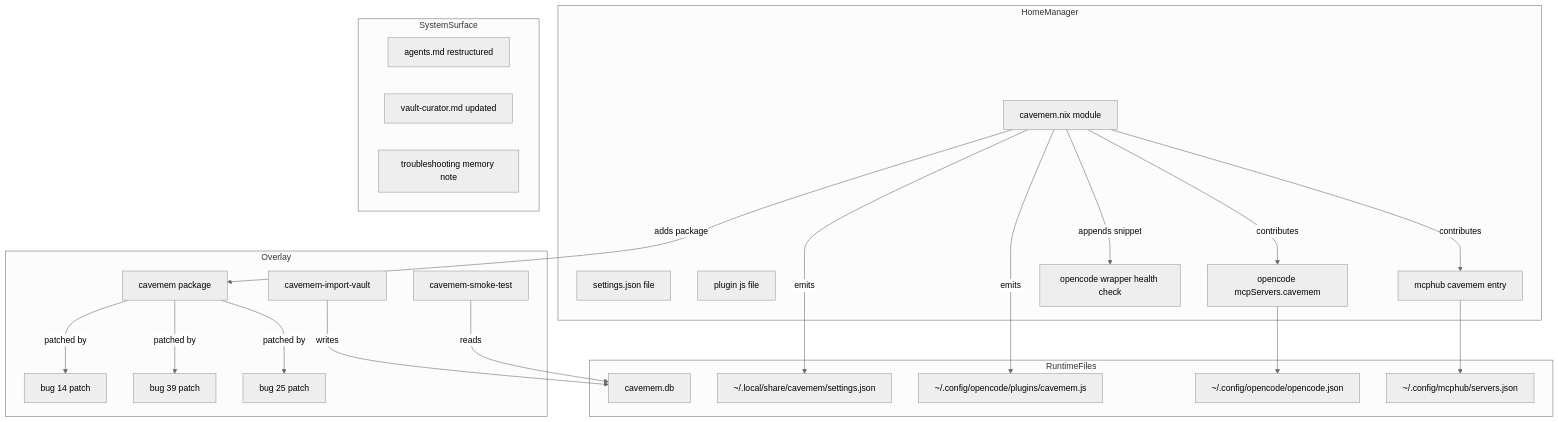
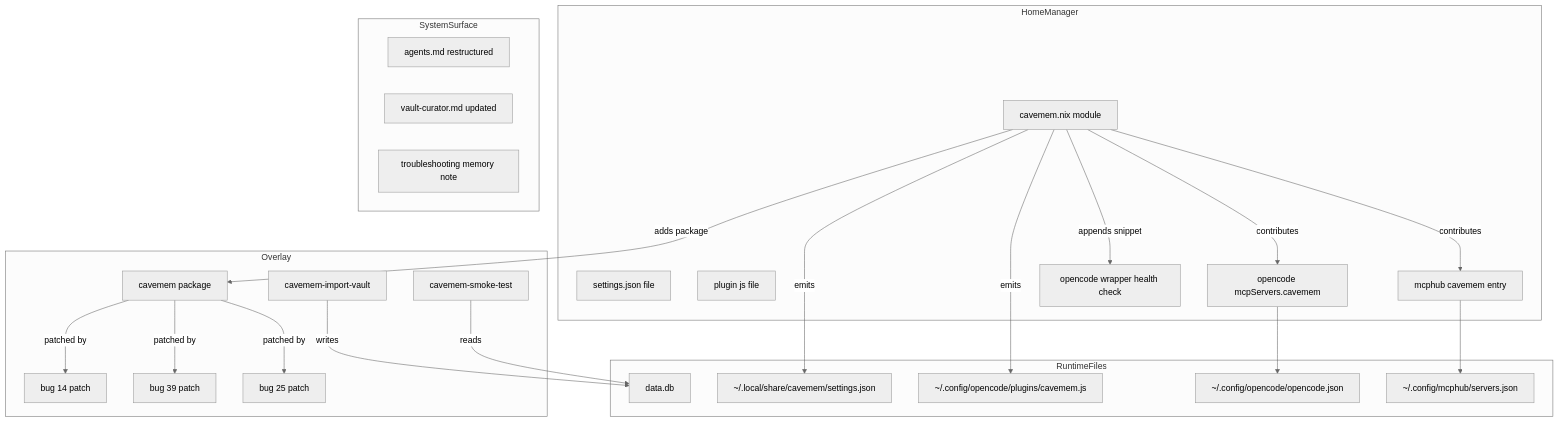
Before and after one commit to DWSR/nix-config: the first of 4 diagrams in .kiro/specs/cavemem-integration/design.md, drawn with Mermaid (neutral theme). The commit also changed other lines of this file and 1 other file, not shown here.

First line of the commit message:
docs(cavemem-integration): document 4th patch + correct data.db filename

````diff
--- a/.kiro/specs/cavemem-integration/design.md
+++ b/.kiro/specs/cavemem-integration/design.md
@@ -166,48 +172,48 @@
 ```mermaid
 graph TB
     subgraph Overlay
         CM[cavemem package]
         P14[bug 14 patch]
         P39[bug 39 patch]
         P25[bug 25 patch]
         IMP[cavemem-import-vault]
         SMK[cavemem-smoke-test]
     end
 
     subgraph HomeManager
         HMM[cavemem.nix module]
         SET[settings.json file]
         PLG[plugin js file]
         MCPH[mcphub cavemem entry]
         OCS[opencode mcpServers.cavemem]
         WRAP[opencode wrapper health check]
     end
 
     subgraph SystemSurface
         AGM[agents.md restructured]
         VCM[vault-curator.md updated]
         MEM[troubleshooting memory note]
     end
 
     subgraph RuntimeFiles
-        DB[cavemem.db]
+        DB[data.db]
         SETJ[~/.local/share/cavemem/settings.json]
         PLGJ[~/.config/opencode/plugins/cavemem.js]
         OCJ[~/.config/opencode/opencode.json]
         MCPJ[~/.config/mcphub/servers.json]
     end
 
     CM -->|patched by| P14
     CM -->|patched by| P39
     CM -->|patched by| P25
     HMM -->|adds package| CM
     HMM -->|emits| SETJ
     HMM -->|emits| PLGJ
     HMM -->|contributes| MCPH
     HMM -->|contributes| OCS
     HMM -->|appends snippet| WRAP
     MCPH --> MCPJ
     OCS --> OCJ
     IMP -->|writes| DB
     SMK -->|reads| DB
 ```
````
